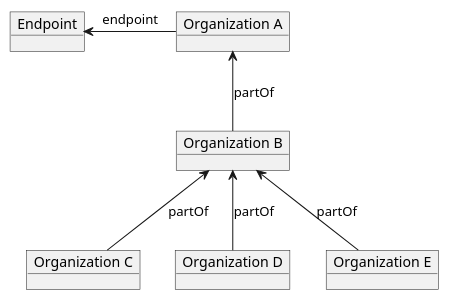
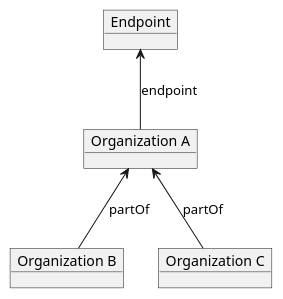
One commit to IHE/ITI.mCSD changed the diagram in input/images-source/dir-endpoint-to-org-hierarchy.plantuml. Above: the diagram before and after it, drawn with PlantUML.

```diff
--- a/input/images-source/dir-endpoint-to-org-hierarchy.plantuml
+++ b/input/images-source/dir-endpoint-to-org-hierarchy.plantuml
@@ -1,17 +1,13 @@
 @startuml
 hide footbox
 
 object "Organization A" as OrganizationA
 object "Organization B" as OrganizationB
 object "Endpoint" as EndpointA
 object "Organization C" as OrganizationC
-object "Organization D" as OrganizationD
-object "Organization E" as OrganizationE
 
 OrganizationA <-- OrganizationB : partOf
-EndpointA <- OrganizationA : endpoint
-OrganizationB <-- OrganizationC : partOf
-OrganizationB <-- OrganizationD : partOf
-OrganizationB <-- OrganizationE : partOf
+EndpointA <-- OrganizationA : endpoint
+OrganizationA <-- OrganizationC : partOf
 
 @enduml
```
